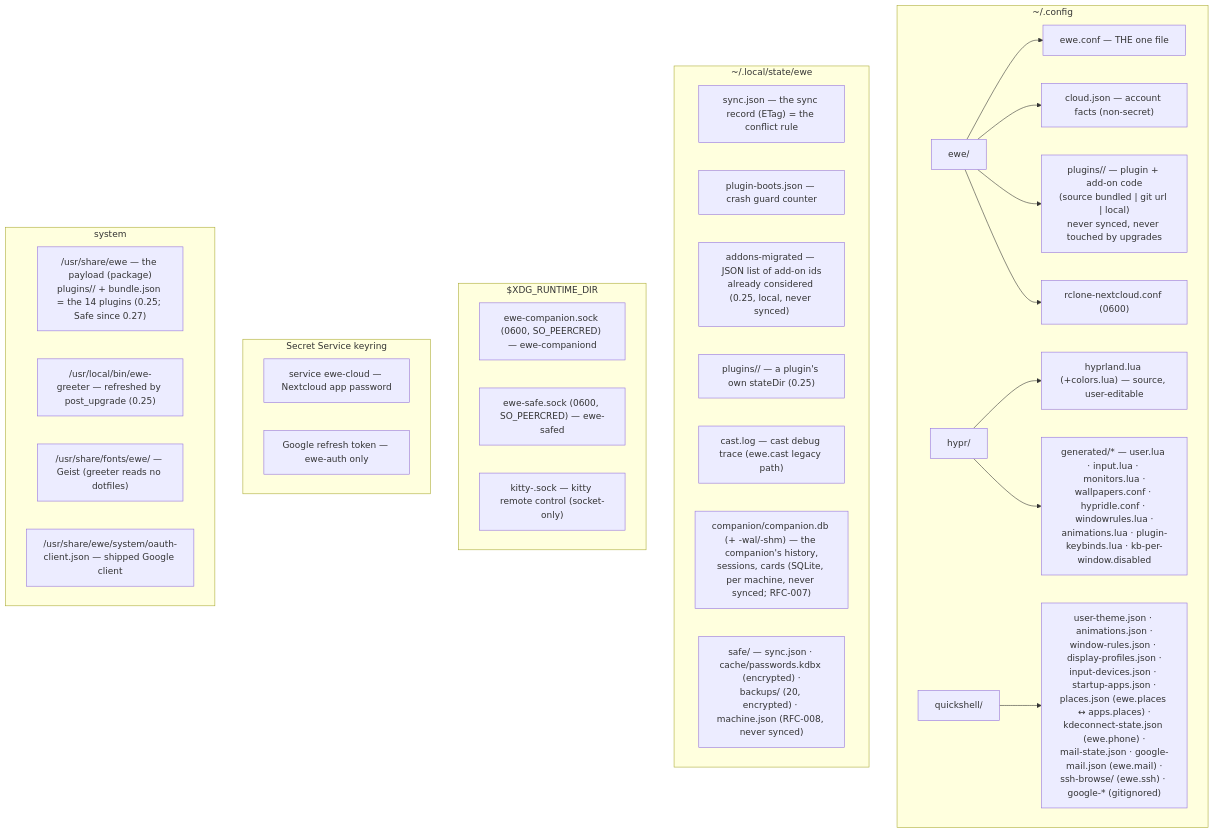
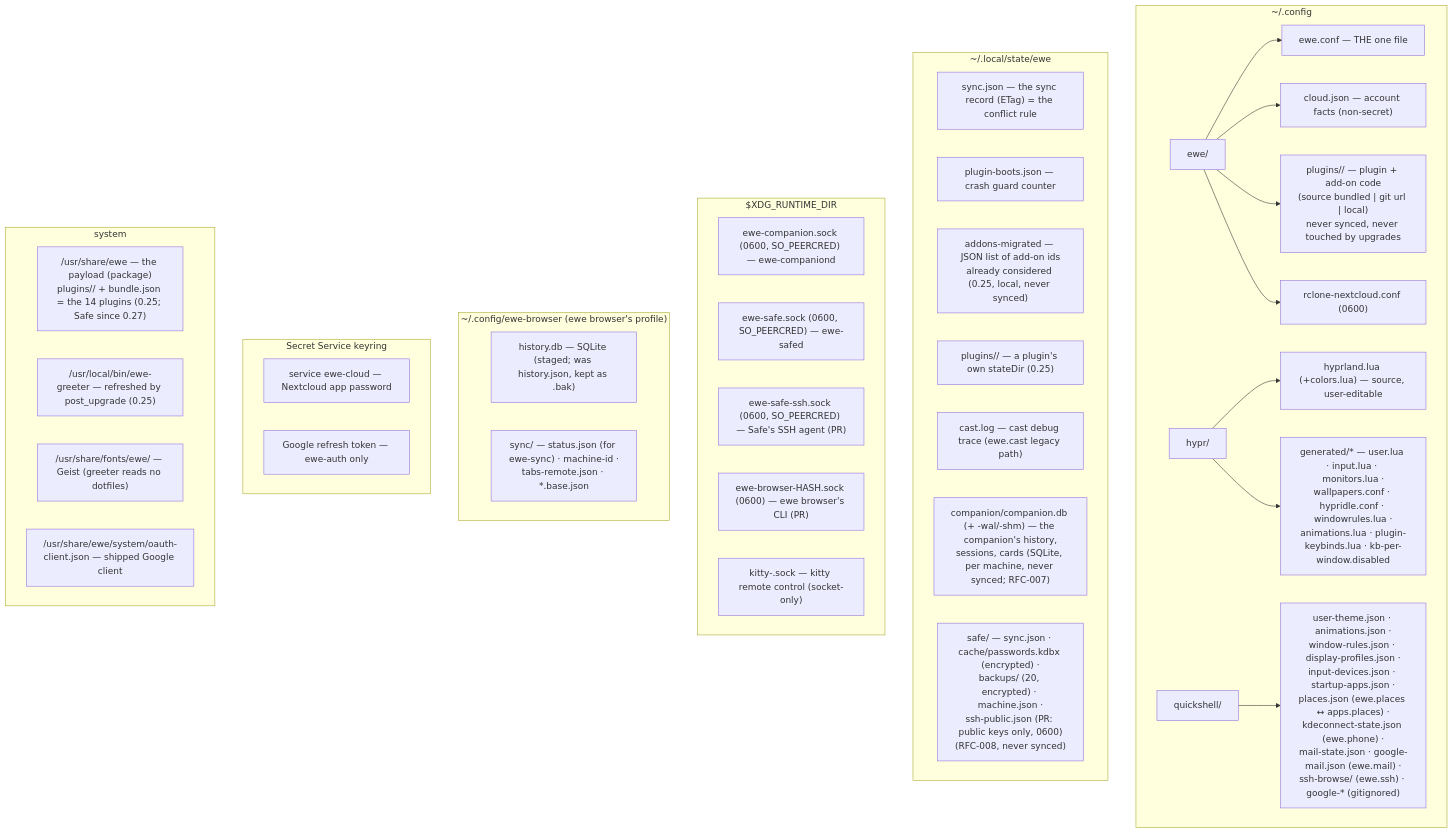
Before and after one commit to prj786/ewe-map: the diagram in 12-Reference/Storage Map.md, drawn with Mermaid. The commit also changed other lines of this file and 23 other files, not shown here.

First line of the commit message:
vault: Safe, ewe browser and the companion together (2026-10-15, PRs open)

````diff
--- a/12-Reference/Storage Map.md
+++ b/12-Reference/Storage Map.md
@@ -14,36 +14,42 @@
 ```mermaid
 flowchart TB
     subgraph CFG["~/.config"]
         EWE["ewe/"] --> CONF["ewe.conf — THE one file"]
         EWE --> CLOUD["cloud.json — account facts (non-secret)"]
         EWE --> PLUGS["plugins/<id>/ — plugin + add-on code<br/>(source bundled | git url | local)<br/>never synced, never touched by upgrades"]
         EWE --> RCLONE["rclone-nextcloud.conf (0600)"]
         HYPR["hypr/"] --> HYPRLUA["hyprland.lua (+colors.lua) — source, user-editable"]
         HYPR --> GEN["generated/* — user.lua · input.lua · monitors.lua ·<br/>wallpapers.conf · hypridle.conf · windowrules.lua ·<br/>animations.lua · plugin-keybinds.lua · kb-per-window.disabled"]
         QS["quickshell/"] --> QSJ["user-theme.json · animations.json ·<br/>window-rules.json · display-profiles.json ·<br/>input-devices.json · startup-apps.json ·<br/>places.json (ewe.places ↔ apps.places) ·<br/>kdeconnect-state.json (ewe.phone) ·<br/>mail-state.json · google-mail.json (ewe.mail) ·<br/>ssh-browse/ (ewe.ssh) · google-* (gitignored)"]
     end
     subgraph STATE["~/.local/state/ewe"]
         SYNC["sync.json — the sync record (ETag) = the conflict rule"]
         BOOTS["plugin-boots.json — crash guard counter"]
         MIGR["addons-migrated — JSON list of add-on ids<br/>already considered (0.25, local, never synced)"]
         PSTATE["plugins/<id>/ — a plugin's own stateDir (0.25)"]
         CAST["cast.log — cast debug trace (ewe.cast legacy path)"]
         COMP["companion/companion.db (+ -wal/-shm) — the companion's history,<br/>sessions, cards (SQLite, per machine, never synced; RFC-007)"]
-        SAFE["safe/ — sync.json · cache/passwords.kdbx (encrypted) ·<br/>backups/ (20, encrypted) · machine.json (RFC-008, never synced)"]
+        SAFE["safe/ — sync.json · cache/passwords.kdbx (encrypted) ·<br/>backups/ (20, encrypted) · machine.json ·<br/>ssh-public.json (PR: public keys only, 0600)<br/>(RFC-008, never synced)"]
     end
     subgraph RUN["$XDG_RUNTIME_DIR"]
         CSOCK["ewe-companion.sock (0600, SO_PEERCRED) — ewe-companiond"]
         SSOCK["ewe-safe.sock (0600, SO_PEERCRED) — ewe-safed"]
+        SSHSOCK["ewe-safe-ssh.sock (0600, SO_PEERCRED) — Safe's SSH agent (PR)"]
+        BSOCK["ewe-browser-HASH.sock (0600) — ewe browser's CLI (PR)"]
         KSOCK["kitty-<pid>.sock — kitty remote control (socket-only)"]
+    end
+    subgraph BROWSER["~/.config/ewe-browser (ewe browser's profile)"]
+        BHIST["history.db — SQLite (staged; was history.json, kept as .bak)"]
+        BSYNC["sync/ — status.json (for ewe-sync) · machine-id ·<br/>tabs-remote.json · *.base.json"]
     end
     subgraph KEYRING["Secret Service keyring"]
         KC["service ewe-cloud — Nextcloud app password"]
         KG["Google refresh token — ewe-auth only"]
     end
     subgraph SYSTEM["system"]
         PAY["/usr/share/ewe — the payload (package)<br/>plugins/<id>/ + bundle.json = the 14 plugins (0.25; Safe since 0.27)"]
         GREET["/usr/local/bin/ewe-greeter — refreshed by post_upgrade (0.25)"]
         FONTS["/usr/share/fonts/ewe/ — Geist (greeter reads no dotfiles)"]
         OAUTH["/usr/share/ewe/system/oauth-client.json — shipped Google client"]
     end
 ```
````
